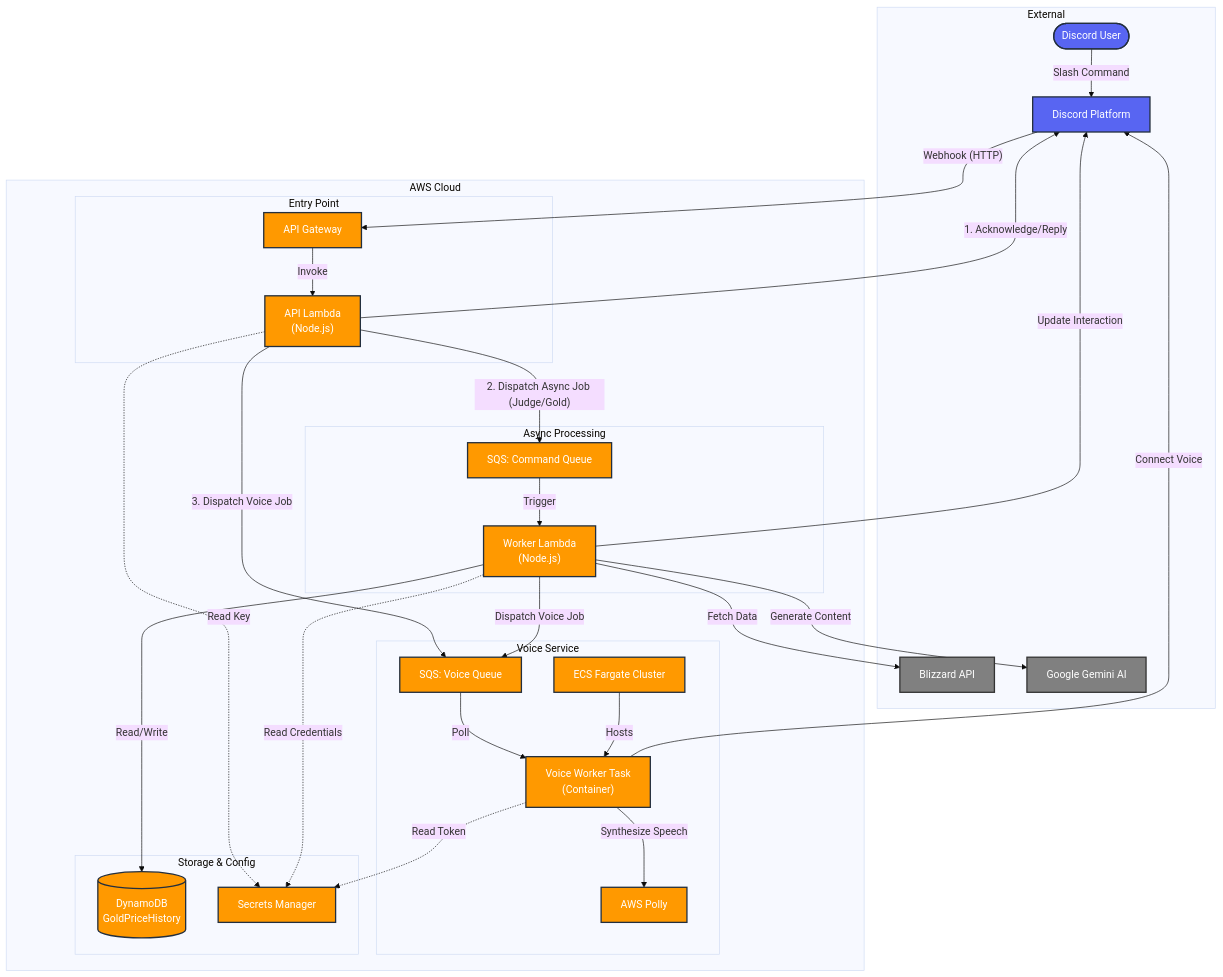
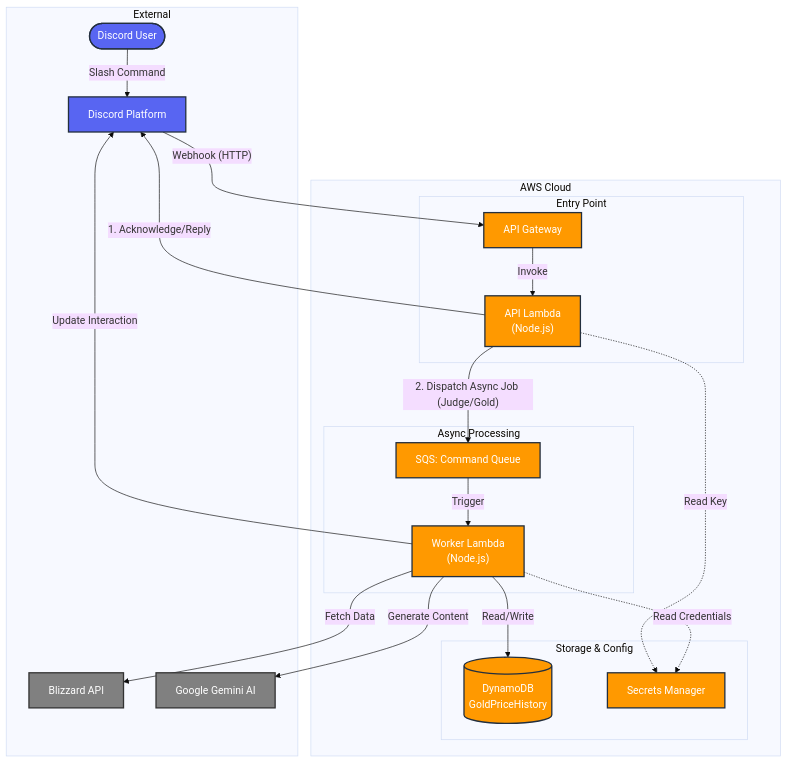
One commit to jkhask/treant changed the diagram in architecture.md. Above: the diagram before and after it, drawn with Mermaid (base theme). The commit also changed other lines of this file and 18 other files, not shown here.

Commit message:
refactor: remove voice worker infrastructure and associated text-to-speech functionality to save costs

````diff
--- a/architecture.md
+++ b/architecture.md
@@ -15,69 +15,58 @@
 ```mermaid
 graph TB
     subgraph "External"
         User([Discord User])
         Discord[Discord Platform]
         Blizzard[Blizzard API]
         Gemini[Google Gemini AI]
     end
 
     subgraph "AWS Cloud"
         subgraph "Entry Point"
             APIGW[API Gateway]
             ApiLambda["API Lambda<br/>(Node.js)"]
         end
 
         subgraph "Async Processing"
             CmdQueue[SQS: Command Queue]
             WorkerLambda["Worker Lambda<br/>(Node.js)"]
         end
 
-        subgraph "Voice Service"
-            VoiceQueue[SQS: Voice Queue]
-            VoiceCluster[ECS Fargate Cluster]
-            VoiceTask["Voice Worker Task<br/>(Container)"]
-            Polly[AWS Polly]
-        end
+
 
         subgraph "Storage & Config"
             DDB[("DynamoDB<br/>GoldPriceHistory")]
             Secrets[Secrets Manager]
         end
     end
 
     %% Flows
     User -->|Slash Command| Discord
     Discord -- "Webhook (HTTP)" --> APIGW
     APIGW -->|Invoke| ApiLambda
 
     %% API Lambda Logic
     ApiLambda -->|1. Acknowledge/Reply| Discord
     ApiLambda -->|"2. Dispatch Async Job (Judge/Gold)"| CmdQueue
-    ApiLambda -->|3. Dispatch Voice Job| VoiceQueue
+
     ApiLambda -.->|Read Key| Secrets
 
     %% Worker Logic
     CmdQueue -->|Trigger| WorkerLambda
     WorkerLambda -->|Fetch Data| Blizzard
     WorkerLambda -->|Generate Content| Gemini
     WorkerLambda -->|Read/Write| DDB
     WorkerLambda -->|Update Interaction| Discord
-    WorkerLambda -->|Dispatch Voice Job| VoiceQueue
+
     WorkerLambda -.->|Read Credentials| Secrets
 
-    %% Voice Logic
-    VoiceQueue -->|Poll| VoiceTask
-    VoiceCluster -- Hosts --> VoiceTask
-    VoiceTask -->|Synthesize Speech| Polly
-    VoiceTask -->|Connect Voice| Discord
-    VoiceTask -.->|Read Token| Secrets
 
     %% Styling
     classDef aws fill:#FF9900,stroke:#232F3E,stroke-width:2px,color:white;
     classDef discord fill:#5865F2,stroke:#232F3E,stroke-width:2px,color:white;
     classDef ext fill:#808080,stroke:#333,stroke-width:2px,color:white;
 
-    class APIGW,ApiLambda,CmdQueue,WorkerLambda,VoiceQueue,VoiceCluster,VoiceTask,Polly,DDB,Secrets aws;
+    class APIGW,ApiLambda,CmdQueue,WorkerLambda,DDB,Secrets aws;
     class Discord,User discord;
     class Blizzard,Gemini ext;
 ```
````
